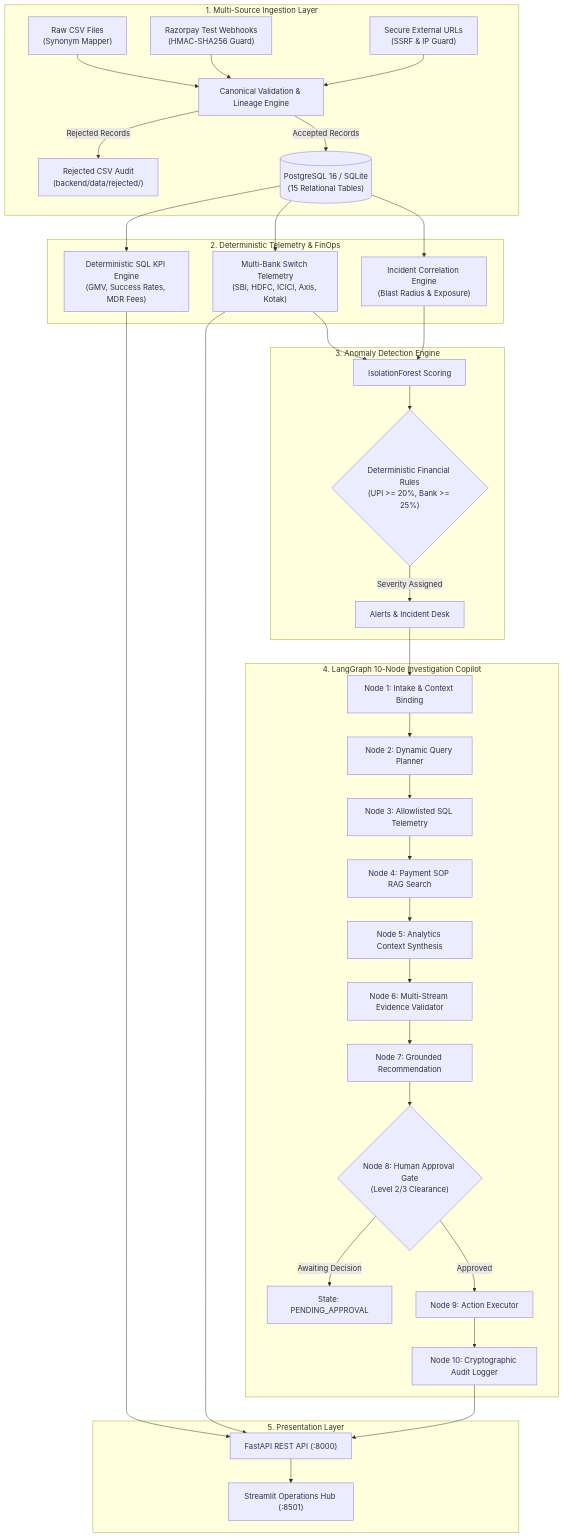
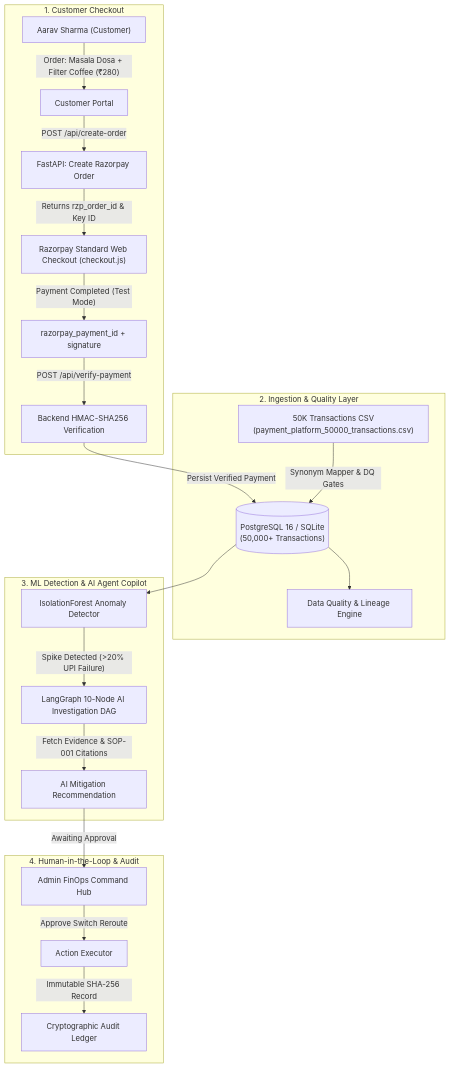
Before and after one commit to naveenkotnana/PayBridge-Payments-AI-Powered-FinOps-Payment-Operations-Platform: the diagram in README.md, drawn with Mermaid. The commit also changed other lines of this file and 17 other files, not shown here.

Commit message:
Finalize payment flow and remove Razorpay webhook scope

````diff
--- a/README.md
+++ b/README.md
@@ -107,41 +105,28 @@
 ```mermaid
 flowchart TD
-    subgraph Ingestion ["1. Multi-Source Ingestion Layer"]
-        A1["Raw CSV Files<br>(Synonym Mapper)"] --> B["Canonical Validation & Lineage Engine"]
-        A2["Razorpay Test Webhooks<br>(HMAC-SHA256 Guard)"] --> B
-        A3["Secure External URLs<br>(SSRF & IP Guard)"] --> B
-        B -->|Rejected Records| R["Rejected CSV Audit<br>(backend/data/rejected/)"]
-        B -->|Accepted Records| D[("PostgreSQL 16 / SQLite<br>(15 Relational Tables)")]
+    subgraph Customer_Action ["1. Customer Checkout"]
+        C["Aarav Sharma (Customer)"] -->|"Order: Masala Dosa + Filter Coffee (₹280)"| CP["Customer Portal"]
+        CP -->|"POST /api/create-order"| API1["FastAPI: Create Razorpay Order"]
+        API1 -->|"Returns rzp_order_id & Key ID"| RZP["Razorpay Standard Web Checkout (checkout.js)"]
+        RZP -->|"Payment Completed (Test Mode)"| RZPRES["razorpay_payment_id + signature"]
+        RZPRES -->|"POST /api/verify-payment"| V["Backend HMAC-SHA256 Verification"]
     end
 
-    subgraph Analytics ["2. Deterministic Telemetry & FinOps"]
-        D --> E["Deterministic SQL KPI Engine<br>(GMV, Success Rates, MDR Fees)"]
-        D --> F["Multi-Bank Switch Telemetry<br>(SBI, HDFC, ICICI, Axis, Kotak)"]
-        D --> G["Incident Correlation Engine<br>(Blast Radius & Exposure)"]
+    subgraph Data_Pipeline ["2. Ingestion & Quality Layer"]
+        V -->|"Persist Verified Payment"| DB[("PostgreSQL 16 / SQLite<br>(50,000+ Transactions)")]
+        CSV["50K Transactions CSV<br>(payment_platform_50000_transactions.csv)"] -->|"Synonym Mapper & DQ Gates"| DB
+        DB --> DQ["Data Quality & Lineage Engine"]
     end
 
-    subgraph ML_Detection ["3. Anomaly Detection Engine"]
-        F & G --> ML1["IsolationForest Scoring"]
-        ML1 --> ML2{"Deterministic Financial Rules<br>(UPI >= 20%, Bank >= 25%)"}
-        ML2 -->|Severity Assigned| ALT["Alerts & Incident Desk"]
+    subgraph Intelligence ["3. ML Detection & AI Agent Copilot"]
+        DB --> ML["IsolationForest Anomaly Detector"]
+        ML -->|"Spike Detected (>20% UPI Failure)"| DAG["LangGraph 10-Node AI Investigation DAG"]
+        DAG -->|"Fetch Evidence & SOP-001 Citations"| REC["AI Mitigation Recommendation"]
     end
 
-    subgraph Agentic_DAG ["4. LangGraph 10-Node Investigation Copilot"]
-        ALT --> H["Node 1: Intake & Context Binding"]
-        H --> I["Node 2: Dynamic Query Planner"]
-        I --> J["Node 3: Allowlisted SQL Telemetry"]
-        J --> K["Node 4: Payment SOP RAG Search"]
-        K --> L["Node 5: Analytics Context Synthesis"]
-        L --> M["Node 6: Multi-Stream Evidence Validator"]
-        M --> N["Node 7: Grounded Recommendation"]
-        N --> O{"Node 8: Human Approval Gate<br>(Level 2/3 Clearance)"}
-        O -->|Awaiting Decision| P["State: PENDING_APPROVAL"]
-        O -->|Approved| Q["Node 9: Action Executor"]
-        Q --> S["Node 10: Cryptographic Audit Logger"]
-    end
-
-    subgraph Portals ["5. Presentation Layer"]
-        E & F & S --> API["FastAPI REST API (:8000)"]
-        API --> UI["Streamlit Operations Hub (:8501)"]
+    subgraph Human_Governance ["4. Human-in-the-Loop & Audit"]
+        REC -->|"Awaiting Approval"| ADM["Admin FinOps Command Hub"]
+        ADM -->|"Approve Switch Reroute"| ACT["Action Executor"]
+        ACT -->|"Immutable SHA-256 Record"| AUDIT["Cryptographic Audit Ledger"]
     end
 ```
````
